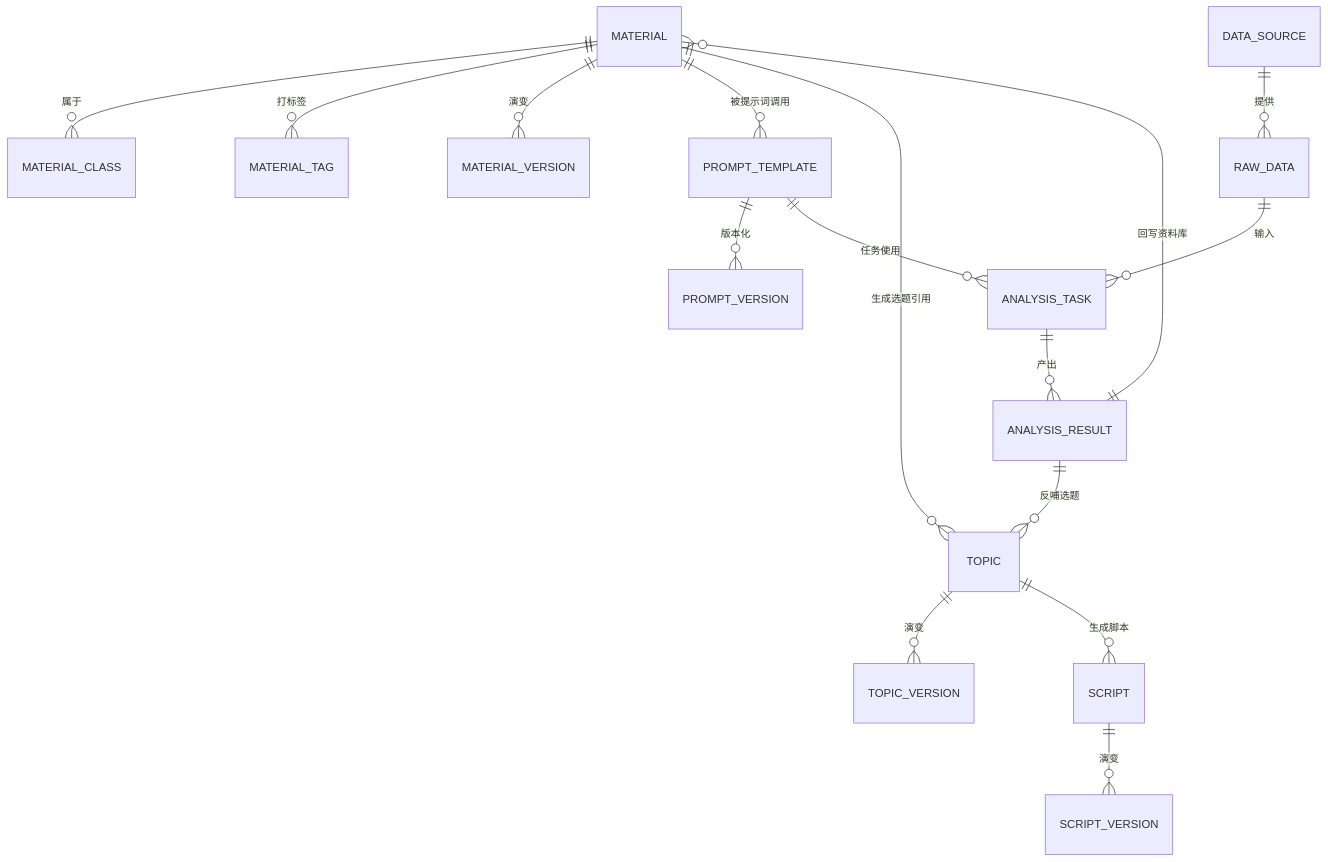
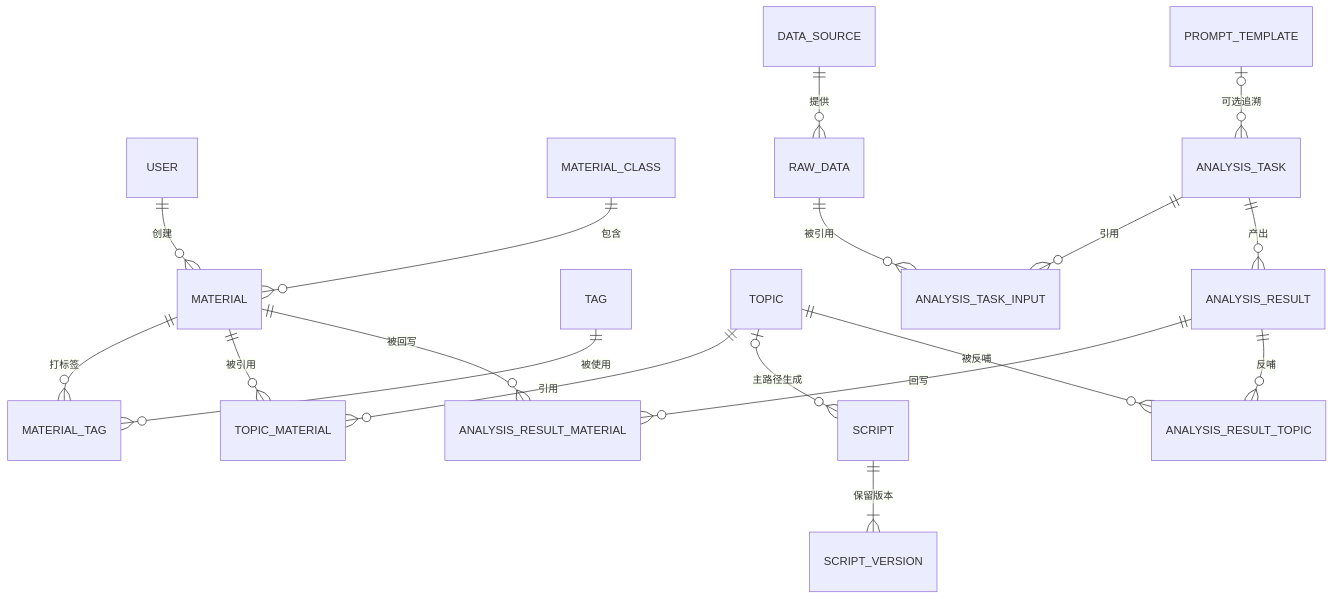
Before and after one commit to lophyJessica/forge-scrm: the diagram in context/03-业务实体与关系.md, drawn with Mermaid. The commit also changed other lines of this file and 18 other files, not shown here.

Commit message:
docs: 修复审计27项(P0x9/P1x13/P2x5)——口径统一/审核入口/一期权限/Schema对齐

````diff
--- a/context/03-业务实体与关系.md
+++ b/context/03-业务实体与关系.md
@@ -8,20 +8,21 @@
 ```mermaid
 erDiagram
-    MATERIAL ||--o{ MATERIAL_CLASS : "属于"
+    USER ||--o{ MATERIAL : "创建"
+    MATERIAL_CLASS ||--o{ MATERIAL : "包含"
     MATERIAL ||--o{ MATERIAL_TAG : "打标签"
-    MATERIAL ||--o{ MATERIAL_VERSION : "演变"
-    MATERIAL ||--o{ PROMPT_TEMPLATE : "被提示词调用"
-    PROMPT_TEMPLATE ||--o{ PROMPT_VERSION : "版本化"
-
-    MATERIAL ||--o{ TOPIC : "生成选题引用"
-    TOPIC ||--o{ TOPIC_VERSION : "演变"
-    TOPIC ||--o{ SCRIPT : "生成脚本"
-    SCRIPT ||--o{ SCRIPT_VERSION : "演变"
+    TAG ||--o{ MATERIAL_TAG : "被使用"
+    MATERIAL ||--o{ TOPIC_MATERIAL : "被引用"
+    TOPIC ||--o{ TOPIC_MATERIAL : "引用"
+    TOPIC o|--o{ SCRIPT : "主路径生成"
+    SCRIPT ||--|{ SCRIPT_VERSION : "保留版本"
 
     DATA_SOURCE ||--o{ RAW_DATA : "提供"
-    RAW_DATA ||--o{ ANALYSIS_TASK : "输入"
+    RAW_DATA ||--o{ ANALYSIS_TASK_INPUT : "被引用"
+    ANALYSIS_TASK ||--o{ ANALYSIS_TASK_INPUT : "引用"
     ANALYSIS_TASK ||--o{ ANALYSIS_RESULT : "产出"
-    ANALYSIS_RESULT ||--o{ MATERIAL : "回写资料库"
-    ANALYSIS_RESULT ||--o{ TOPIC : "反哺选题"
-    PROMPT_TEMPLATE ||--o{ ANALYSIS_TASK : "任务使用"
+    ANALYSIS_RESULT ||--o{ ANALYSIS_RESULT_MATERIAL : "回写"
+    MATERIAL ||--o{ ANALYSIS_RESULT_MATERIAL : "被回写"
+    ANALYSIS_RESULT ||--o{ ANALYSIS_RESULT_TOPIC : "反哺"
+    TOPIC ||--o{ ANALYSIS_RESULT_TOPIC : "被反哺"
+    PROMPT_TEMPLATE o|--o{ ANALYSIS_TASK : "可选追溯"
 ```
````
